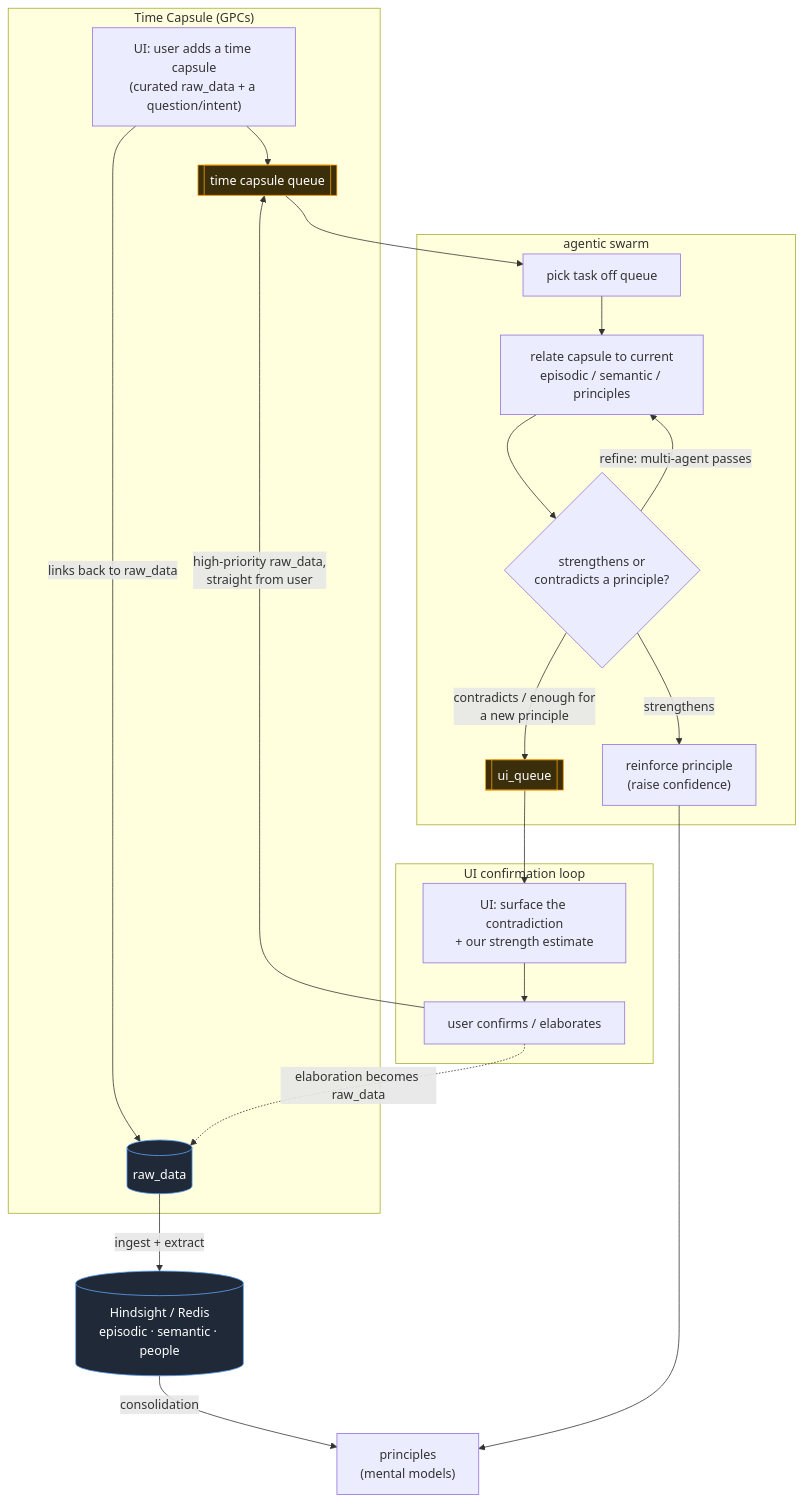
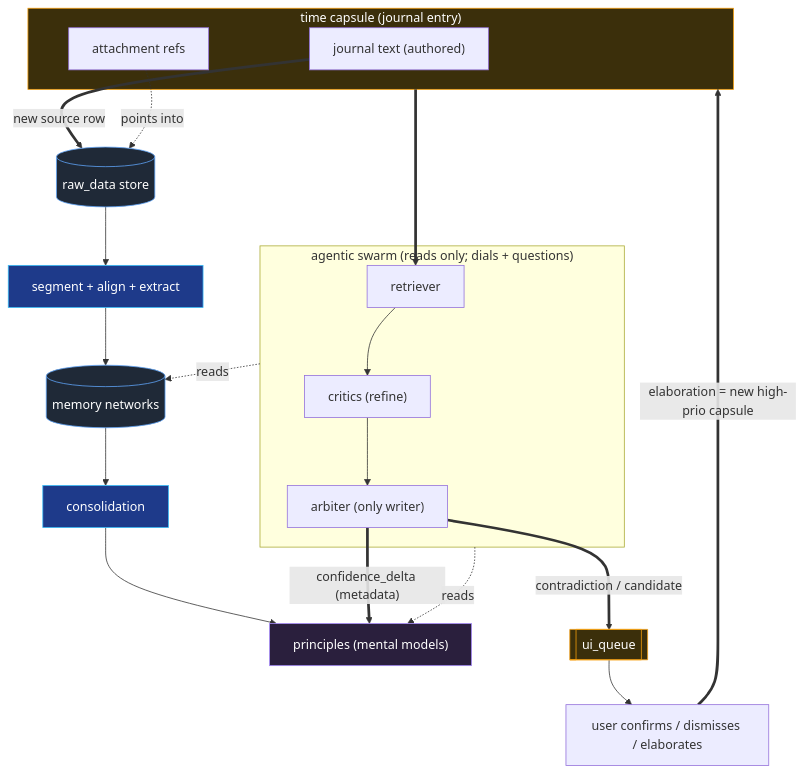
Before and after one commit to aaryan-rampal/scaling-octo-fortnight: the first of 7 diagrams in design/TIME_CAPSULE_FLYWHEEL.md, drawn with Mermaid. The commit also changed other lines of this file, not shown here.

````diff
--- a/design/TIME_CAPSULE_FLYWHEEL.md
+++ b/design/TIME_CAPSULE_FLYWHEEL.md
@@ -18,34 +25,38 @@
 ```mermaid
-flowchart TD
-    RAW[("raw_data")] -->|ingest + extract| HS[("Hindsight / Redis<br/>episodic · semantic · people")]
-    HS -->|consolidation| PRIN["principles<br/>(mental models)"]
+flowchart TB
+    RAW[("raw_data store")]
+    PREP["segment + align + extract"]
+    MEM[("memory networks")]
+    CONS["consolidation"]
+    PRIN["principles (mental models)"]
 
-    subgraph TC["Time Capsule (GPCs)"]
-        UI1["UI: user adds a time capsule<br/>(curated raw_data + a question/intent)"]
-        UI1 -->|links back to raw_data| RAW
-        UI1 --> TCQ[["time capsule queue"]]
+    RAW --> PREP --> MEM --> CONS --> PRIN
+
+    subgraph TC["time capsule (journal entry)"]
+        TXT["journal text (authored)"]
+        REF["attachment refs"]
     end
+    TXT == "new source row" ==> RAW
+    REF -. "points into" .-> RAW
 
-    subgraph SWARM["agentic swarm"]
-        TCQ --> PICK["pick task off queue"]
-        PICK --> REL["relate capsule to current<br/>episodic / semantic / principles"]
-        REL --> JUDGE{"strengthens or<br/>contradicts a principle?"}
-        JUDGE -->|"refine: multi-agent passes"| REL
-        JUDGE -->|"strengthens"| REINFORCE["reinforce principle<br/>(raise confidence)"]
-        JUDGE -->|"contradicts / enough for<br/>a new principle"| UIQ[["ui_queue"]]
+    subgraph SWARM["agentic swarm (reads only; dials + questions)"]
+        RET["retriever"] --> CRIT["critics (refine)"] --> ARB["arbiter (only writer)"]
     end
+    TC ==> RET
+    SWARM -. "reads" .-> MEM
+    SWARM -. "reads" .-> PRIN
+    ARB == "confidence_delta (metadata)" ==> PRIN
+    ARB == "contradiction / candidate" ==> UIQ[["ui_queue"]]
 
-    subgraph LOOP["UI confirmation loop"]
-        UIQ --> ASK["UI: surface the contradiction<br/>+ our strength estimate"]
-        ASK --> USER["user confirms / elaborates"]
-        USER -->|"high-priority raw_data,<br/>straight from user"| TCQ
-    end
-
-    REINFORCE --> PRIN
-    USER -.->|elaboration becomes raw_data| RAW
+    UIQ --> USER["user confirms / dismisses / elaborates"]
+    USER == "elaboration = new high-prio capsule" ==> TC
 
     classDef store fill:#1f2937,stroke:#60a5fa,color:#fff;
     classDef queue fill:#3b2f0b,stroke:#f59e0b,color:#fff;
-    class RAW,HS store;
-    class TCQ,UIQ queue;
+    classDef box fill:#1e3a8a,stroke:#38bdf8,color:#fff;
+    classDef top fill:#2a1f3d,stroke:#a78bfa,color:#fff;
+    class RAW,MEM store;
+    class TC,UIQ queue;
+    class PREP,CONS box;
+    class PRIN top;
 ```
````
